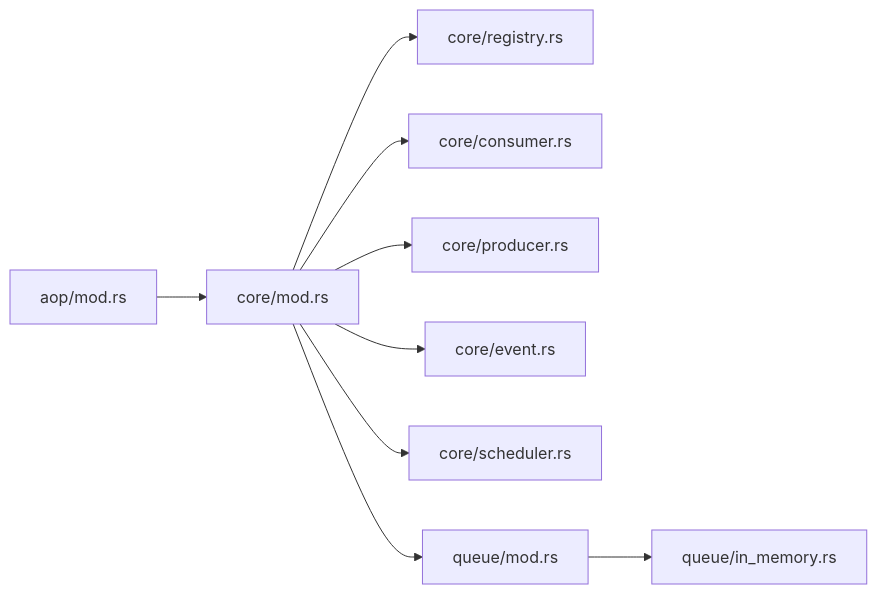
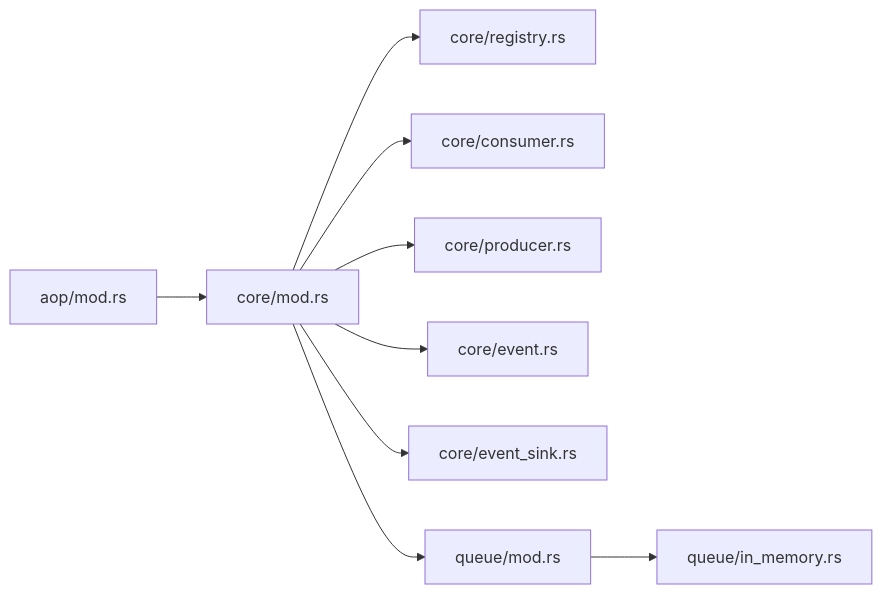
The fifth of 5 diagrams in docs/wiki/zh/content/基础设施/AOP 事件系统/AOP 核心架构/注册中心与调度器.md (runningcoders/ai_orz), drawn with Mermaid before and after one commit. The commit also changed other lines of this file and 37 other files, not shown here.

````diff
--- a/docs/wiki/zh/content/基础设施/AOP 事件系统/AOP 核心架构/注册中心与调度器.md
+++ b/docs/wiki/zh/content/基础设施/AOP 事件系统/AOP 核心架构/注册中心与调度器.md
@@ -295,11 +318,11 @@
 ```mermaid
 graph LR
 Mod["aop/mod.rs"] --> CoreMod["core/mod.rs"]
 CoreMod --> Registry["core/registry.rs"]
 CoreMod --> Consumer["core/consumer.rs"]
 CoreMod --> Producer["core/producer.rs"]
 CoreMod --> Event["core/event.rs"]
-CoreMod --> Scheduler["core/scheduler.rs"]
+CoreMod --> Sink["core/event_sink.rs"]
 CoreMod --> QueueMod["queue/mod.rs"]
 QueueMod --> InMem["queue/in_memory.rs"]
 ```
````
